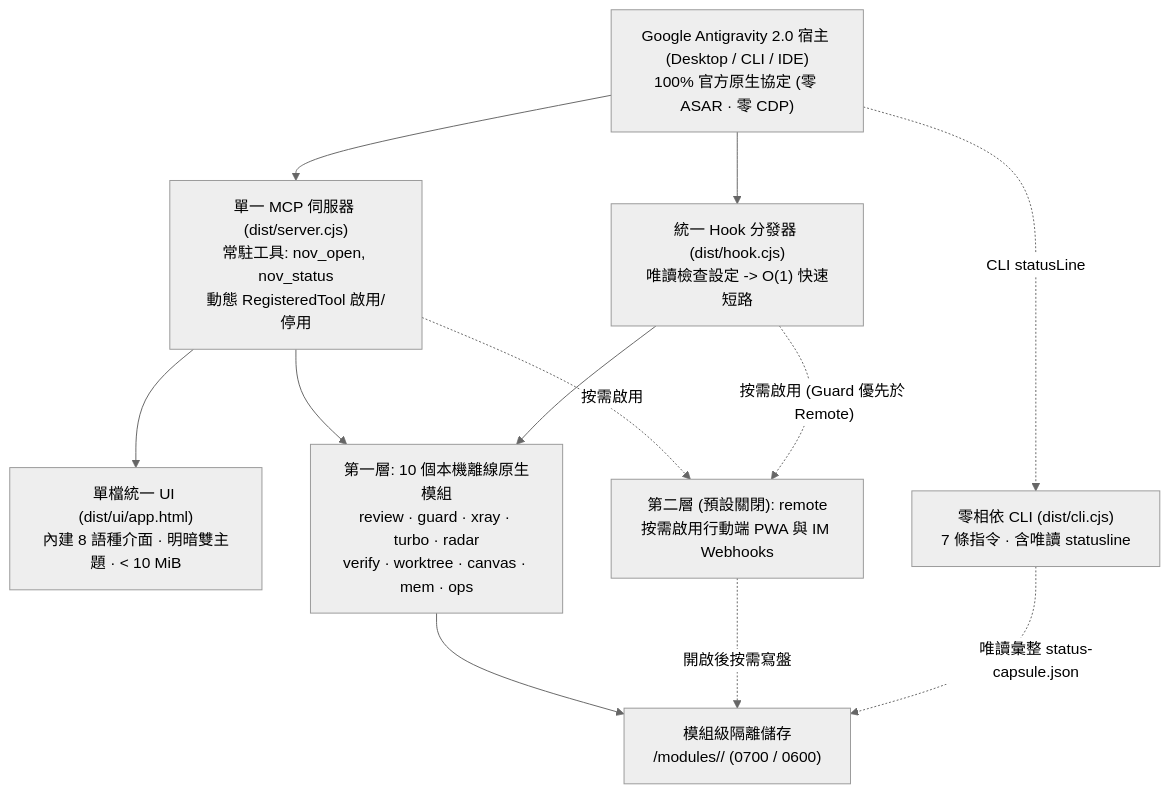
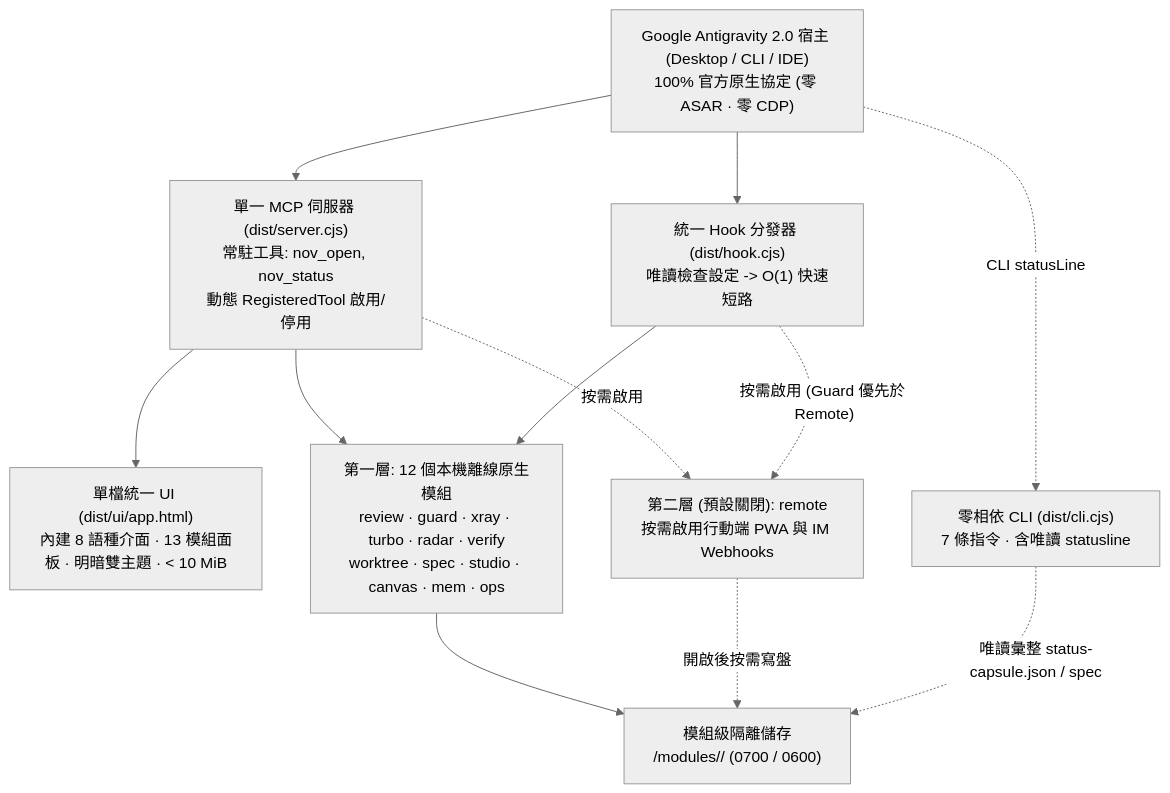
The diagram in docs/i18n/README.zh-TW.md (tone-leh/agy-NOV), drawn with Mermaid (neutral theme) before and after one commit. The commit also changed other lines of this file and 55 other files, not shown here.

Commit message:
feat(v0.4.0): Spec Flow & Task DAG, Workspace Studio, Turbo RTK compression & Ops 2.0 budget doctor

````diff
--- a/docs/i18n/README.zh-TW.md
+++ b/docs/i18n/README.zh-TW.md
@@ -192,23 +196,23 @@
 ```mermaid
 flowchart TB
   Host["Google Antigravity 2.0 宿主 (Desktop / CLI / IDE)\n100% 官方原生協定 (零 ASAR · 零 CDP)"]
   MCP["單一 MCP 伺服器 (dist/server.cjs)\n常駐工具: nov_open, nov_status\n動態 RegisteredTool 啟用/停用"]
-  UI["單檔統一 UI (dist/ui/app.html)\n內建 8 語種介面 · 明暗雙主題 · < 10 MiB"]
+  UI["單檔統一 UI (dist/ui/app.html)\n內建 8 語種介面 · 13 模組面板 · 明暗雙主題 · < 10 MiB"]
   Hook["統一 Hook 分發器 (dist/hook.cjs)\n唯讀檢查設定 -> O(1) 快速短路"]
   CLI["零相依 CLI (dist/cli.cjs)\n7 條指令 · 含唯讀 statusline"]
   Store["模組級隔離儲存\n<dataDir>/modules/<id>/ (0700 / 0600)"]
-  T1["第一層: 10 個本機離線原生模組\nreview · guard · xray · turbo · radar\nverify · worktree · canvas · mem · ops"]
+  T1["第一層: 12 個本機離線原生模組\nreview · guard · xray · turbo · radar · verify\nworktree · spec · studio · canvas · mem · ops"]
   T2R["第二層 (預設關閉): remote\n按需啟用行動端 PWA 與 IM Webhooks"]
 
   Host --> MCP
   Host --> Hook
   Host -. "CLI statusLine" .-> CLI
   MCP --> UI
   MCP --> T1
   MCP -. "按需啟用" .-> T2R
   Hook --> T1
   Hook -. "按需啟用 (Guard 優先於 Remote)" .-> T2R
   T1 --> Store
   T2R -. "開啟後按需寫盤" .-> Store
-  CLI -. "唯讀彙整 status-capsule.json" .-> Store
+  CLI -. "唯讀彙整 status-capsule.json / spec" .-> Store
 ```
````
